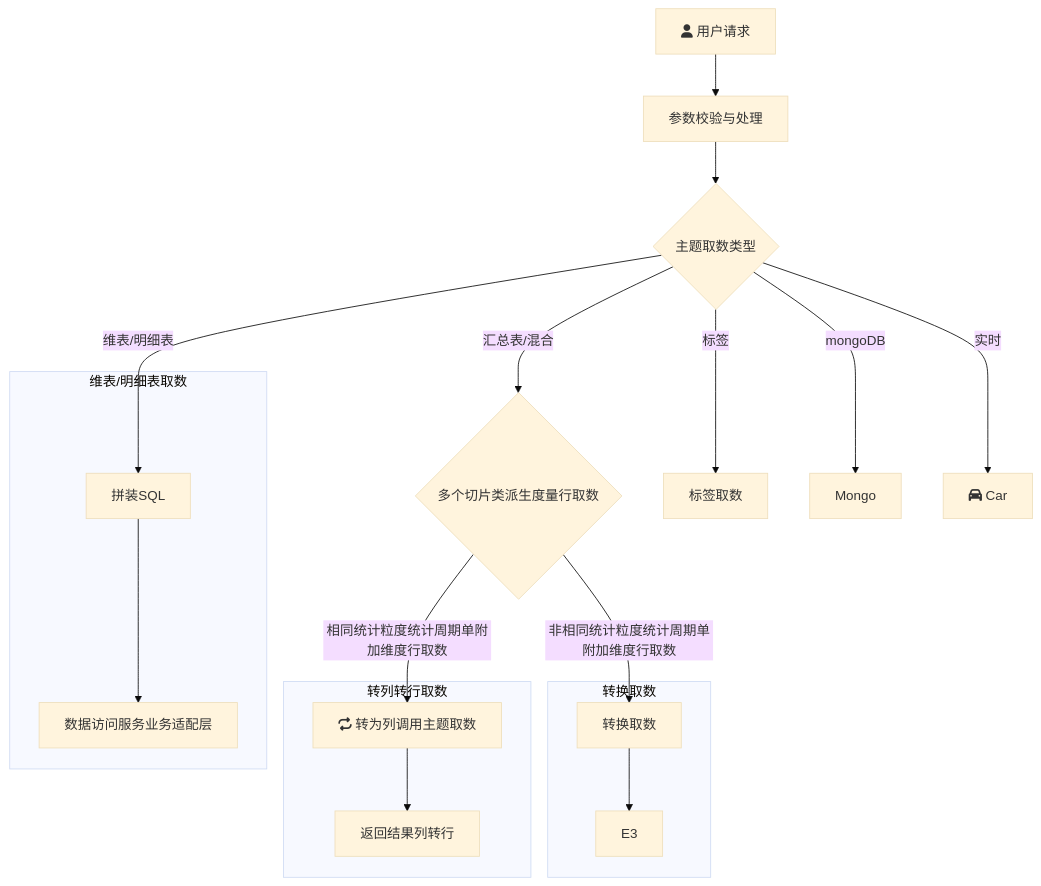
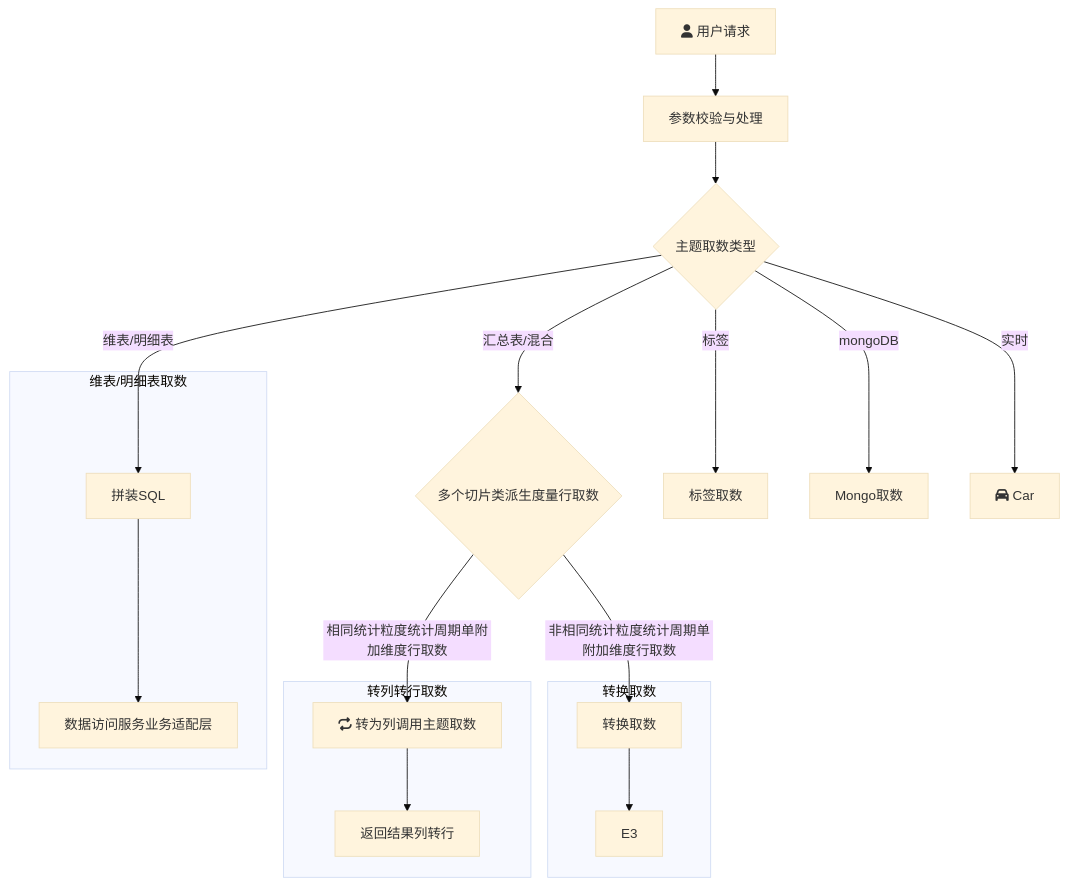
Before and after one commit to yanglosm/iodraw-files: the diagram in all/未命名.md, drawn with Mermaid (base theme).

Commit message:
2024-11-29 18:30:31 update

````diff
--- a/all/未命名.md
+++ b/all/未命名.md
@@ -1,20 +1,20 @@
 ```mermaid
 flowchart TD
     A[fa:fa-user 用户请求] -->A1[参数校验与处理] --> B{主题取数类型}
     B -->|维表/明细表| D[拼装SQL]
     B -->|汇总表/混合| E{多个切片类派生度量行取数}
     B -->|标签| F[标签取数]
-    B -->|mongoDB| G[Mongo]
+    B -->|mongoDB| G[Mongo取数]
     B -->|实时| H[fa:fa-car Car]
     E -->|相同统计粒度统计周期单附加维度行取数| E1[fa:fa-repeat 转为列调用主题取数]
     E -->|非相同统计粒度统计周期单附加维度行取数| E2[转换取数]
     subgraph 维表/明细表取数
     D-->D1[数据访问服务业务适配层]
     end
     subgraph 转列转行取数
     E1-->E11[返回结果列转行]
     end
     subgraph 转换取数
     E2-->E3
     end
 ```
````
